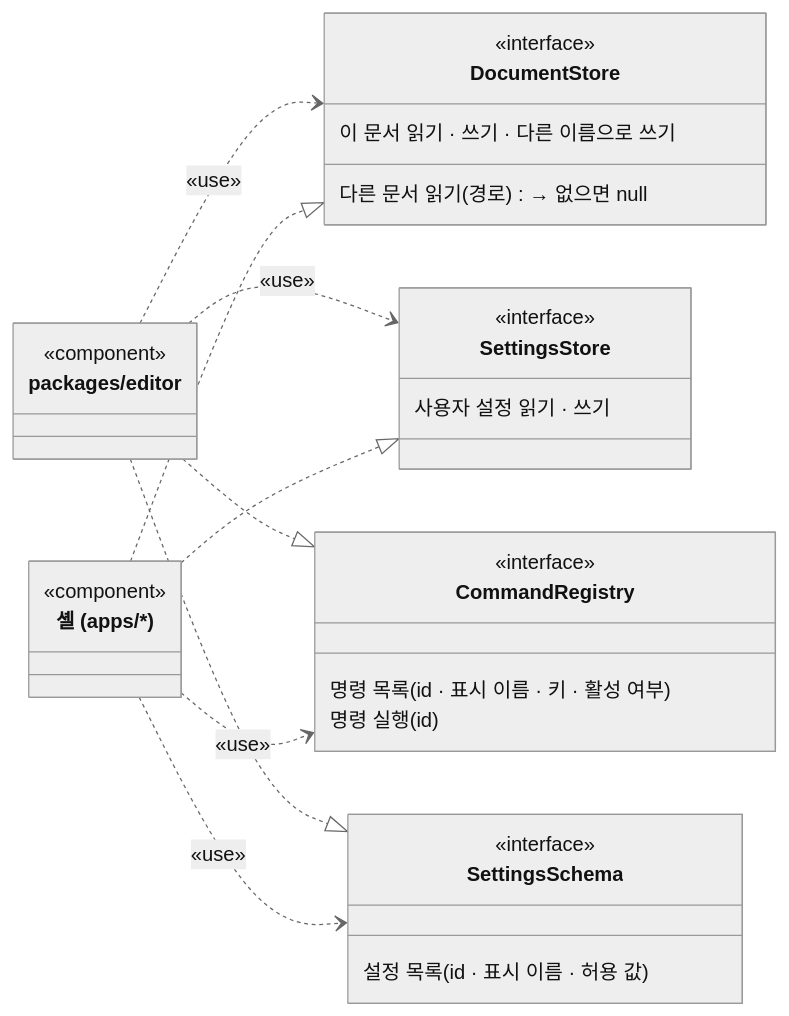
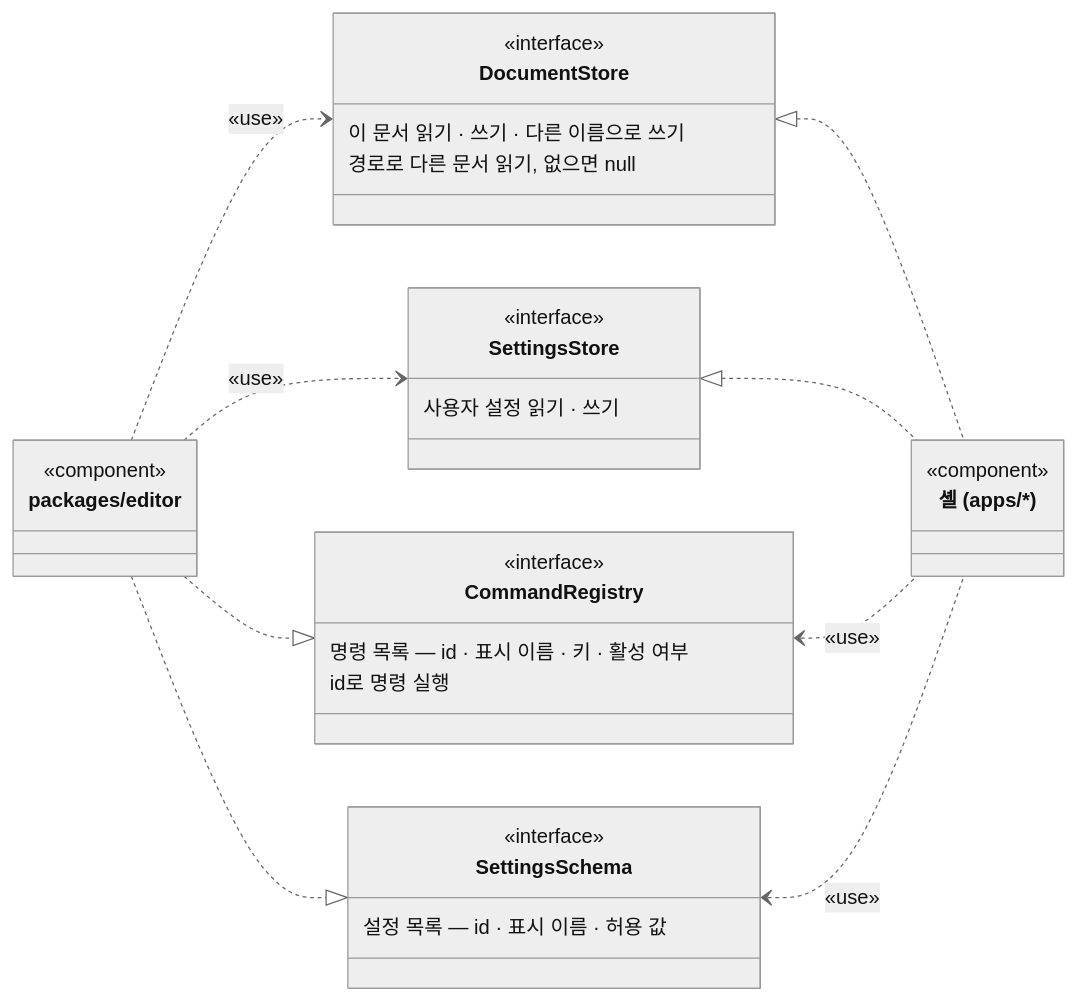
One commit to reddiana/AriadneNSD changed the third of 6 diagrams in docs/03-architecture/03-architecture.md. Above: the diagram before and after it, drawn with Mermaid (neutral theme). The commit also changed other lines of this file and 1 other file, not shown here.

Commit message:
아키텍처 3.2 인터페이스 그림: 셸을 오른쪽으로(메인테이너가 M27에서 1번을 고름)
- 셸 쪽 네 줄을 인터페이스가 앞에 오도록 써서 editor는 왼쪽, 인터페이스는 가운데, 셸은 오른쪽에 서게 함. 선이 엇갈리지 않아 «use»가 어느 선인지 보임
- 상자 안 글의 괄호를 뺌: Mermaid가 괄호 있는 줄을 메서드로 읽어 콜론을 끼우고 칸을 옮기던 것
- 스케치북: M27 결정함

````diff
--- a/docs/03-architecture/03-architecture.md
+++ b/docs/03-architecture/03-architecture.md
@@ -128,30 +128,30 @@
 ```mermaid
 classDiagram
     direction LR
     class editor["packages/editor"]
     <<component>> editor
     class Shell["셸 (apps/*)"]
     <<component>> Shell
     class DocumentStore
     <<interface>> DocumentStore
     DocumentStore : 이 문서 읽기 · 쓰기 · 다른 이름으로 쓰기
-    DocumentStore : 다른 문서 읽기(경로) → 없으면 null
+    DocumentStore : 경로로 다른 문서 읽기, 없으면 null
     class SettingsStore
     <<interface>> SettingsStore
     SettingsStore : 사용자 설정 읽기 · 쓰기
     class CommandRegistry
     <<interface>> CommandRegistry
-    CommandRegistry : 명령 목록(id · 표시 이름 · 키 · 활성 여부)
-    CommandRegistry : 명령 실행(id)
+    CommandRegistry : 명령 목록 — id · 표시 이름 · 키 · 활성 여부
+    CommandRegistry : id로 명령 실행
     class SettingsSchema
     <<interface>> SettingsSchema
-    SettingsSchema : 설정 목록(id · 표시 이름 · 허용 값)
+    SettingsSchema : 설정 목록 — id · 표시 이름 · 허용 값
     editor ..> DocumentStore : «use»
     editor ..> SettingsStore : «use»
-    Shell ..|> DocumentStore
-    Shell ..|> SettingsStore
+    DocumentStore <|.. Shell
+    SettingsStore <|.. Shell
     editor ..|> CommandRegistry
     editor ..|> SettingsSchema
-    Shell ..> CommandRegistry : «use»
-    Shell ..> SettingsSchema : «use»
+    CommandRegistry <.. Shell : «use»
+    SettingsSchema <.. Shell : «use»
 ```
````
